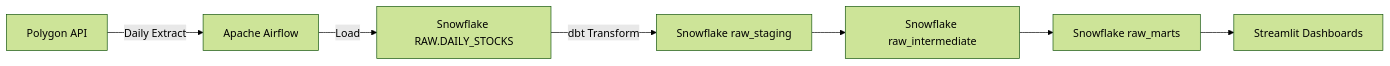
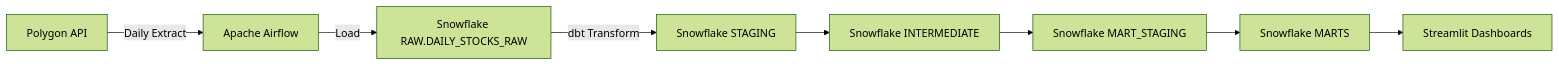
The first of 2 diagrams in README.md (KevDev7/stock_market_data_pipeline), drawn with Mermaid (forest theme) before and after one commit. The commit also changed other lines of this file and 623 other files, not shown here.

````diff
--- a/README.md
+++ b/README.md
@@ -13,9 +13,10 @@
 ```mermaid
 graph LR
     A[Polygon API] -->|Daily Extract| B[Apache Airflow]
-    B -->|Load| C[Snowflake RAW.DAILY_STOCKS]
-    C -->|dbt Transform| D[Snowflake raw_staging]
-    D --> E[Snowflake raw_intermediate]
-    E --> F[Snowflake raw_marts]
-    F --> G[Streamlit Dashboards]
+    B -->|Load| C[Snowflake RAW.DAILY_STOCKS_RAW]
+    C -->|dbt Transform| D[Snowflake STAGING]
+    D --> E[Snowflake INTERMEDIATE]
+    E --> F[Snowflake MART_STAGING]
+    F --> G[Snowflake MARTS]
+    G --> H[Streamlit Dashboards]
 ```
````
